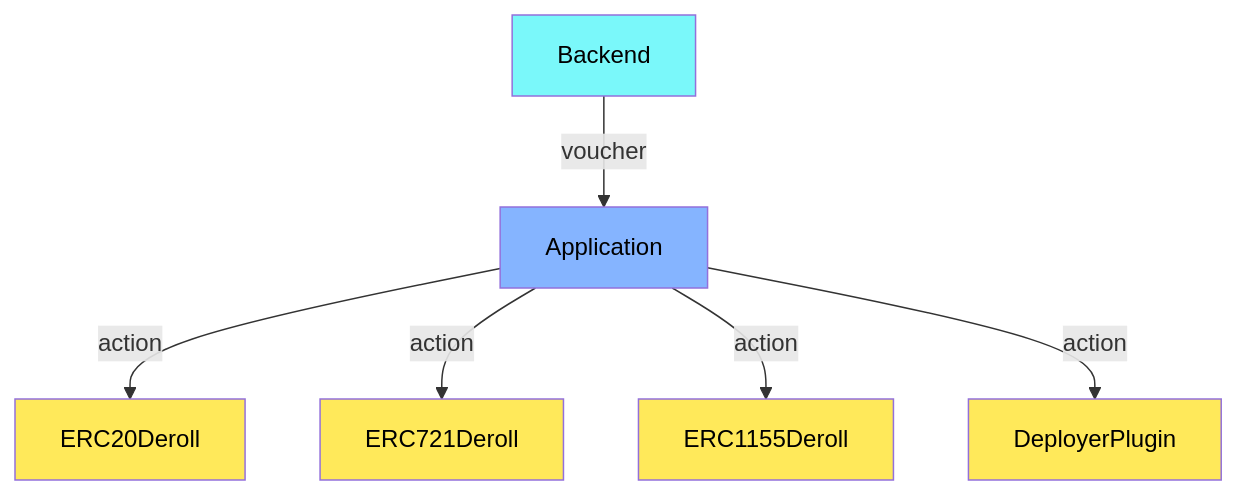
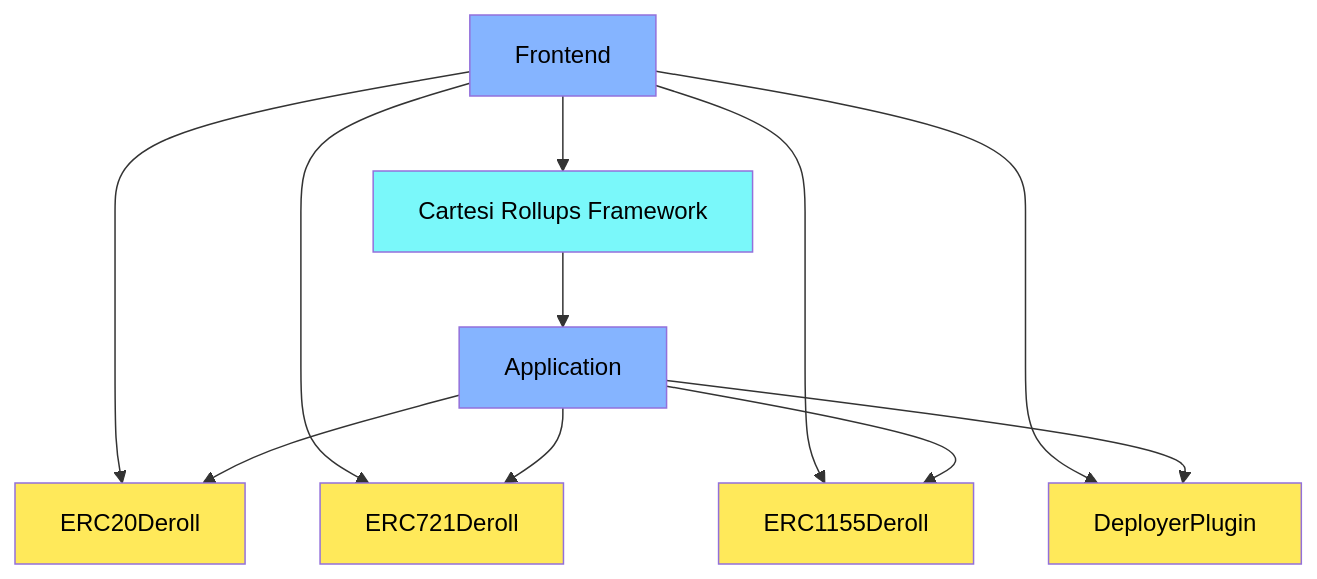
The first of 5 diagrams in contracts/README.md (Mugen-Builders/echo-plus-deroll), drawn with Mermaid before and after one commit. The commit also changed other lines of this file and 3 other files, not shown here.

````diff
--- a/contracts/README.md
+++ b/contracts/README.md
@@ -10,20 +11,27 @@
 ```mermaid
 graph TD
     classDef core fill:#ffe95a,color:#000
     classDef master fill: #7AF8FA,color:#000
     classDef external fill:#85b4ff,color:#000
 
     ERC20Deroll:::core
     ERC721Deroll:::core
     ERC1155Deroll:::core
     DeployerPlugin:::core
     Application:::external
-    Backend:::master
+    CRF[Cartesi Rollups Framework]:::master
+    Frontend:::external
+    
+    Frontend --> CRF
+    CRF --> Application
 
-    Backend -- voucher --> Application
-
-    Application -- action --> ERC20Deroll
-    Application -- action --> ERC721Deroll
-    Application -- action --> ERC1155Deroll
-    Application -- action --> DeployerPlugin
+    Frontend --> DeployerPlugin
+    Frontend --> ERC20Deroll
+    Frontend --> ERC721Deroll
+    Frontend --> ERC1155Deroll
+    
+    Application --> ERC20Deroll
+    Application --> ERC721Deroll
+    Application --> ERC1155Deroll
+    Application --> DeployerPlugin
 ```
````
